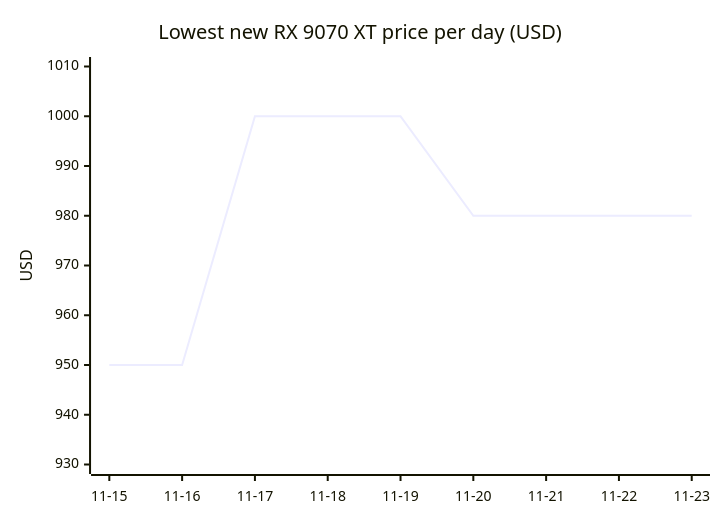
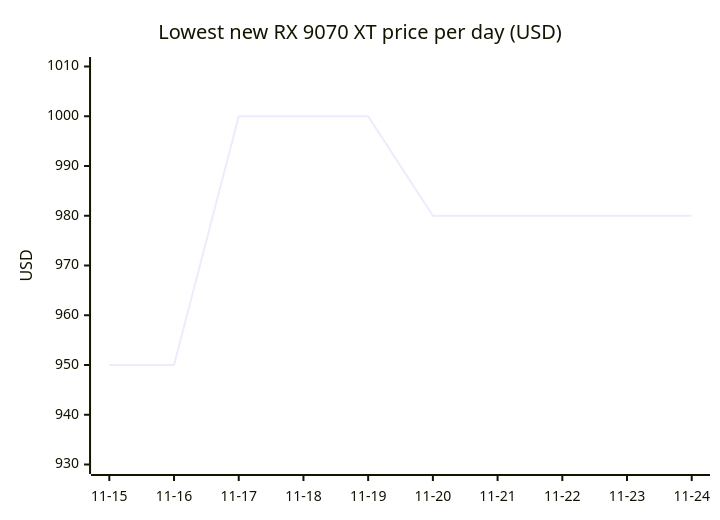
Before and after one commit to 7324136828/4tb_ssd_price_watch: diagram 11 of 18 in README.md, drawn with Mermaid. The commit also changed other lines of this file, not shown here.

````diff
--- a/README.md
+++ b/README.md
@@ -1147,7 +1217,7 @@
 ```mermaid
 xychart-beta
     title "Lowest new RX 9070 XT price per day (USD)"
-    x-axis ["11-15", "11-16", "11-17", "11-18", "11-19", "11-20", "11-21", "11-22", "11-23"]
+    x-axis ["11-15", "11-16", "11-17", "11-18", "11-19", "11-20", "11-21", "11-22", "11-23", "11-24"]
     y-axis "USD" 930 --> 1010
-    line [949.99, 949.99, 999.99, 999.99, 999.99, 979.99, 979.99, 979.99, 979.99]
+    line [949.99, 949.99, 999.99, 999.99, 999.99, 979.99, 979.99, 979.99, 979.99, 979.99]
 ```
````
